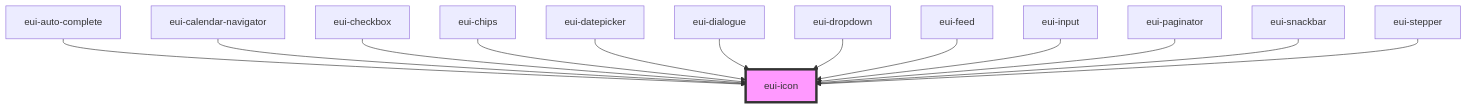
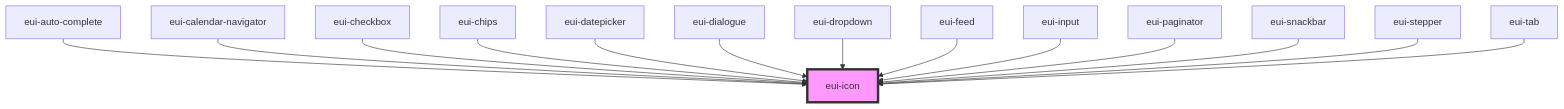
The diagram in ensemble-ui/src/components/icon/readme.md (pnd-amirhosein/U_and_I), drawn with Mermaid before and after one commit. The commit also changed other lines of this file and 15 other files, not shown here.

````diff
--- a/ensemble-ui/src/components/icon/readme.md
+++ b/ensemble-ui/src/components/icon/readme.md
@@ -35,16 +36,17 @@
 ```mermaid
 graph TD;
   eui-auto-complete --> eui-icon
   eui-calendar-navigator --> eui-icon
   eui-checkbox --> eui-icon
   eui-chips --> eui-icon
   eui-datepicker --> eui-icon
   eui-dialogue --> eui-icon
   eui-dropdown --> eui-icon
   eui-feed --> eui-icon
   eui-input --> eui-icon
   eui-paginator --> eui-icon
   eui-snackbar --> eui-icon
   eui-stepper --> eui-icon
+  eui-tab --> eui-icon
   style eui-icon fill:#f9f,stroke:#333,stroke-width:4px
 ```
````
